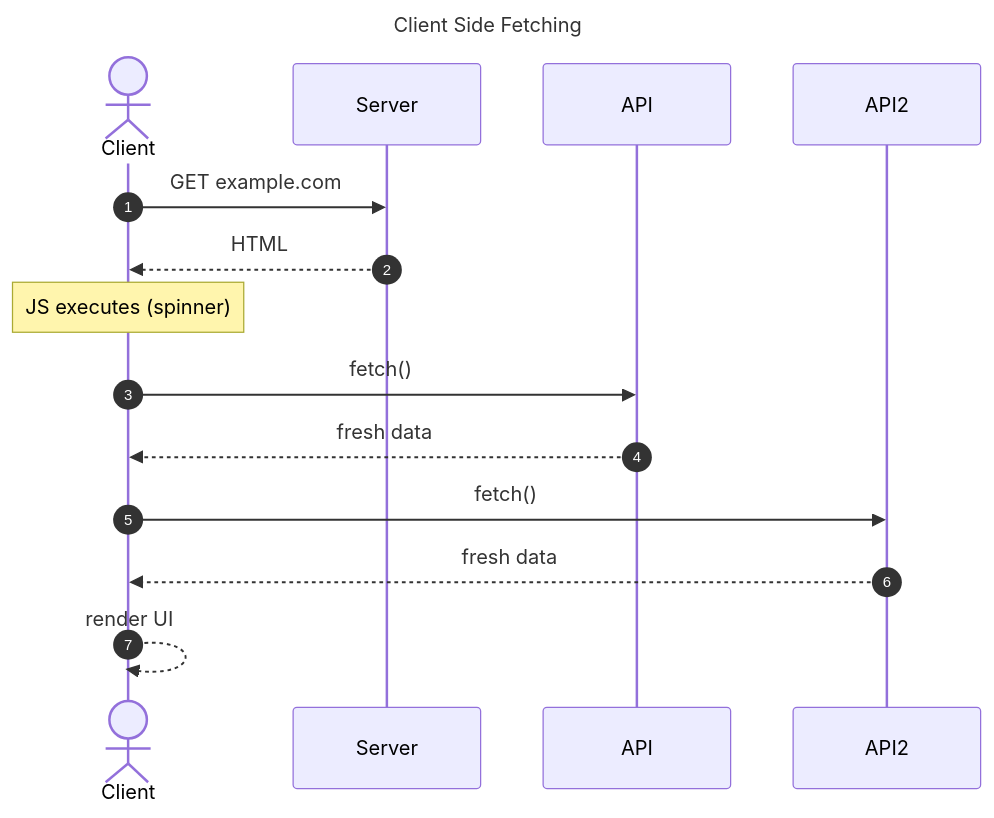
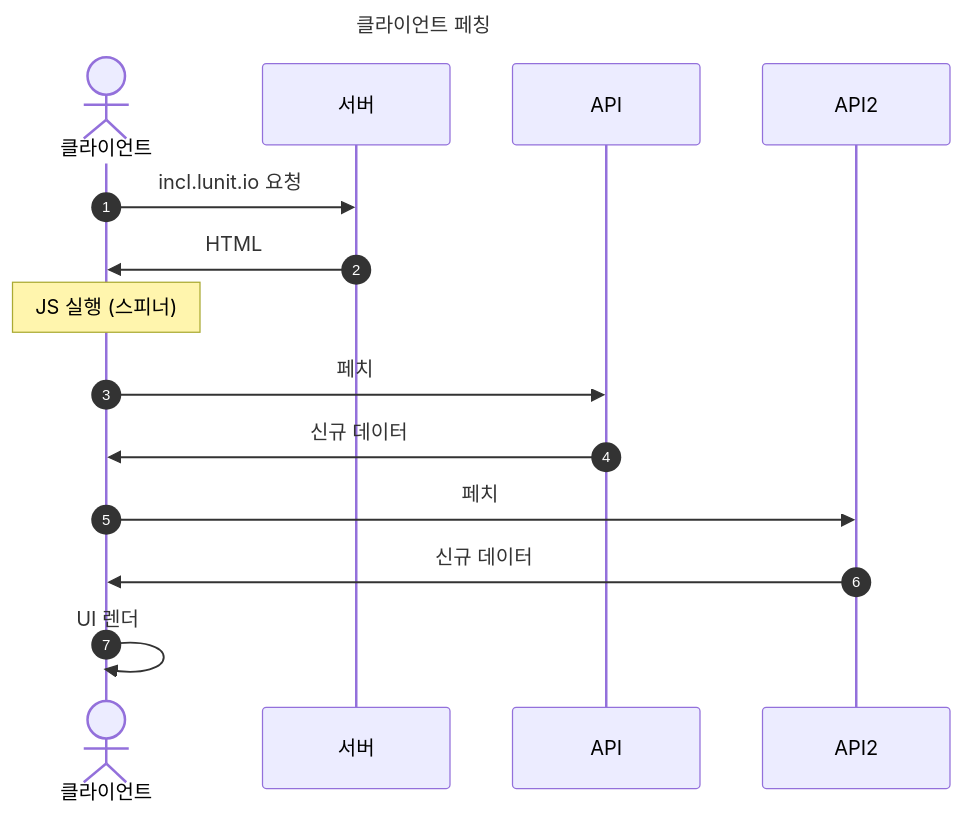
Before and after one commit to anaclumos/extracranial: the first of 3 diagrams in posts/2025-05-20-incl-rebuild/ko.md, drawn with Mermaid. The commit also changed other lines of this file, not shown here.

````diff
--- a/posts/2025-05-20-incl-rebuild/ko.md
+++ b/posts/2025-05-20-incl-rebuild/ko.md
@@ -63,18 +63,18 @@
 ```mermaid
 sequenceDiagram
-    title Client Side Fetching
+    title 클라이언트 페칭
     autonumber
-    actor Client
-    participant Server
+    actor 클라이언트
+    participant 서버
     participant API
     participant API2
 
-    Client->>Server: GET example.com
-    Server-->>Client: HTML
-    Note over Client: JS executes (spinner)
-    Client->>API: fetch()
-    API-->>Client: fresh data
-    Client->>API2: fetch()
-    API2-->>Client: fresh data
-    Client-->>Client: render UI
+    클라이언트->>서버: incl.lunit.io 요청
+    서버->>클라이언트: HTML
+    Note over 클라이언트: JS 실행 (스피너)
+    클라이언트->>API: 페치
+    API->>클라이언트: 신규 데이터
+    클라이언트->>API2: 페치
+    API2->>클라이언트: 신규 데이터
+    클라이언트->>클라이언트: UI 렌더
 ```
````
